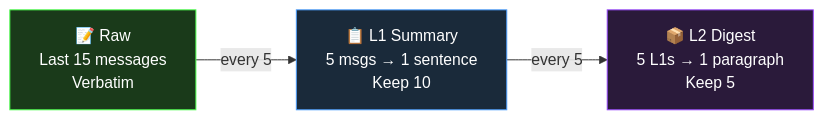
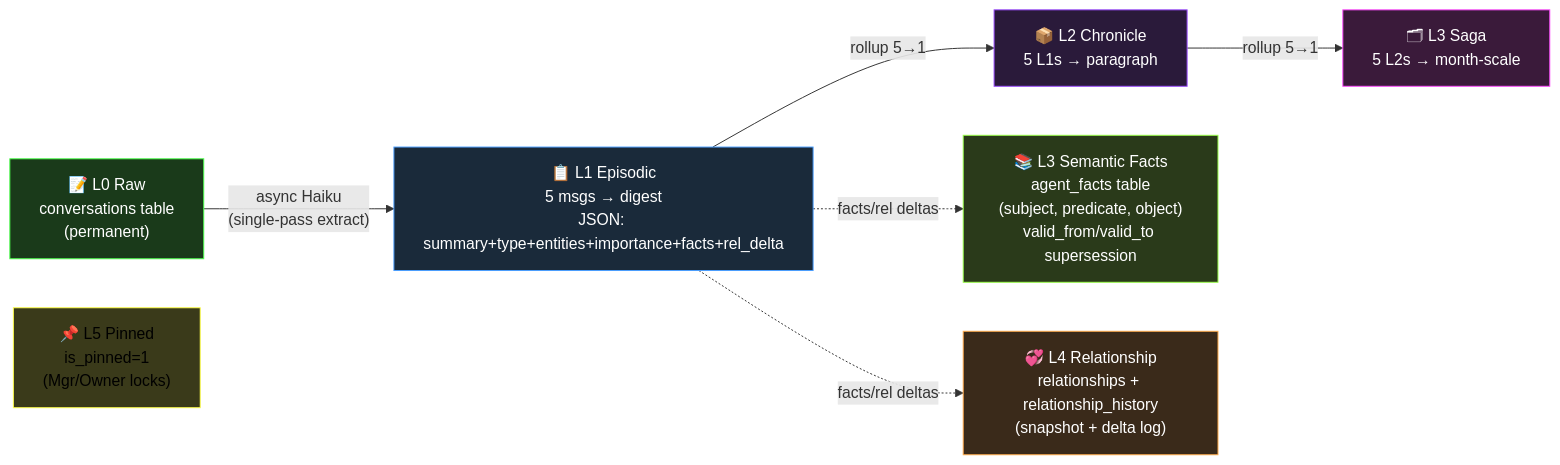
One commit to je-empty/Glimi changed the third of 4 diagrams in README.md. Above: the diagram before and after it, drawn with Mermaid. The commit also changed other lines of this file and 1 other file, not shown here.

````diff
--- a/README.md
+++ b/README.md
@@ -222,13 +226,23 @@
 ```mermaid
 graph LR
-    Raw["📝 Raw\nLast 15 messages\nVerbatim"]
-    L1["📋 L1 Summary\n5 msgs → 1 sentence\nKeep 10"]
-    L2["📦 L2 Digest\n5 L1s → 1 paragraph\nKeep 5"]
+    L0["📝 L0 Raw\nconversations table\n(permanent)"]
+    L1["📋 L1 Episodic\n5 msgs → digest\nJSON: summary+type+entities+importance+facts+rel_delta"]
+    L2["📦 L2 Chronicle\n5 L1s → paragraph"]
+    L3["🗂 L3 Saga\n5 L2s → month-scale"]
+    Facts["📚 L3 Semantic Facts\nagent_facts table\n(subject, predicate, object)\nvalid_from/valid_to supersession"]
+    Rel["💞 L4 Relationship\nrelationships + relationship_history\n(snapshot + delta log)"]
+    Pin["📌 L5 Pinned\nis_pinned=1\n(Mgr/Owner locks)"]
 
-    Raw -->|"every 5"| L1
-    L1 -->|"every 5"| L2
+    L0 -->|"async Haiku\n(single-pass extract)"| L1
+    L1 -->|"rollup 5→1"| L2
+    L2 -->|"rollup 5→1"| L3
+    L1 -.->|"facts/rel deltas"| Facts & Rel
 
-    style Raw fill:#1a3a1a,stroke:#4aff4a,color:#fff
+    style L0 fill:#1a3a1a,stroke:#4aff4a,color:#fff
     style L1 fill:#1a2a3a,stroke:#4a9eff,color:#fff
     style L2 fill:#2a1a3a,stroke:#9a4aff,color:#fff
+    style L3 fill:#3a1a3a,stroke:#ff4aff,color:#fff
+    style Facts fill:#2a3a1a,stroke:#9aff4a,color:#fff
+    style Rel fill:#3a2a1a,stroke:#ffaa4a,color:#fff
+    style Pin fill:#3a3a1a,stroke:#ffff4a,color:#000
 ```
````
